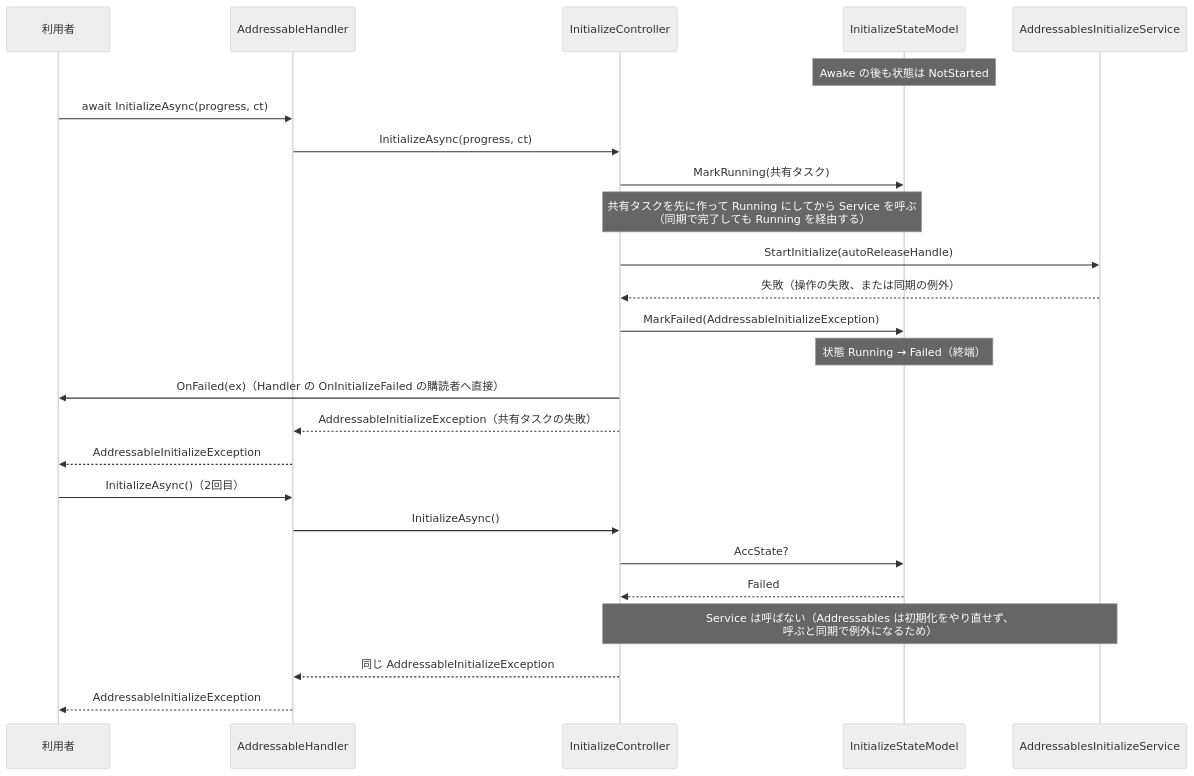
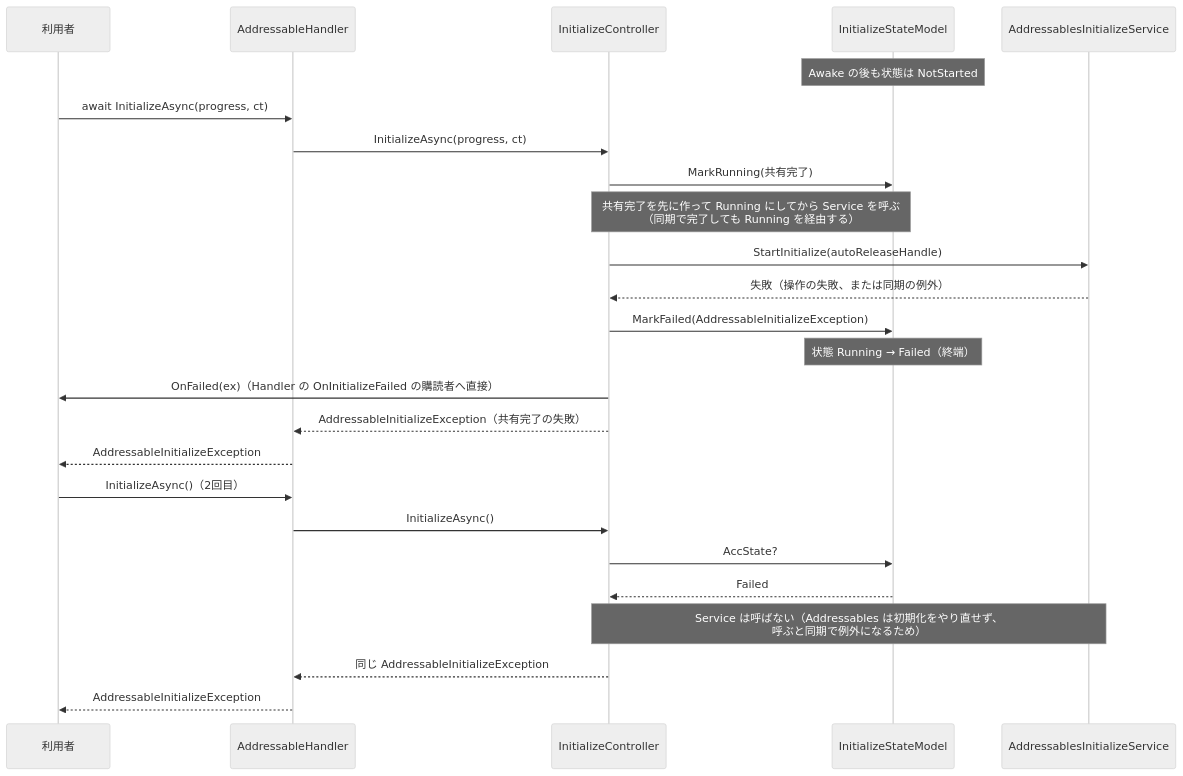
The second of 4 diagrams in src/AddressableManager/Docs/diagrams/initialize-sequence.md (MAH-Lib/MAH-AddressableManager), drawn with Mermaid (neutral theme) before and after one commit. The commit also changed other lines of this file and 13 other files, not shown here.

````diff
--- a/src/AddressableManager/Docs/diagrams/initialize-sequence.md
+++ b/src/AddressableManager/Docs/diagrams/initialize-sequence.md
@@ -41,28 +41,28 @@
 ```mermaid
 sequenceDiagram
     participant U as 利用者
     participant H as AddressableHandler
     participant C as InitializeController
     participant D as InitializeStateModel
     participant S as AddressablesInitializeService
 
     Note over D: Awake の後も状態は NotStarted
     U->>H: await InitializeAsync(progress, ct)
     H->>C: InitializeAsync(progress, ct)
-    C->>D: MarkRunning(共有タスク)
-    Note over C,D: 共有タスクを先に作って Running にしてから Service を呼ぶ<br/>（同期で完了しても Running を経由する）
+    C->>D: MarkRunning(共有完了)
+    Note over C,D: 共有完了を先に作って Running にしてから Service を呼ぶ<br/>（同期で完了しても Running を経由する）
     C->>S: StartInitialize(autoReleaseHandle)
     S-->>C: 失敗（操作の失敗、または同期の例外）
     C->>D: MarkFailed(AddressableInitializeException)
     Note over D: 状態 Running → Failed（終端）
     C->>U: OnFailed(ex)（Handler の OnInitializeFailed の購読者へ直接）
-    C-->>H: AddressableInitializeException（共有タスクの失敗）
+    C-->>H: AddressableInitializeException（共有完了の失敗）
     H-->>U: AddressableInitializeException
     U->>H: InitializeAsync()（2回目）
     H->>C: InitializeAsync()
     C->>D: AccState?
     D-->>C: Failed
     Note over C,S: Service は呼ばない（Addressables は初期化をやり直せず、<br/>呼ぶと同期で例外になるため）
     C-->>H: 同じ AddressableInitializeException
     H-->>U: AddressableInitializeException
 ```
````
